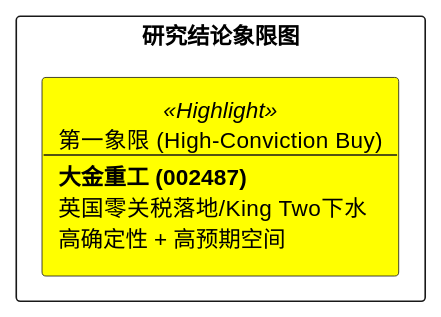
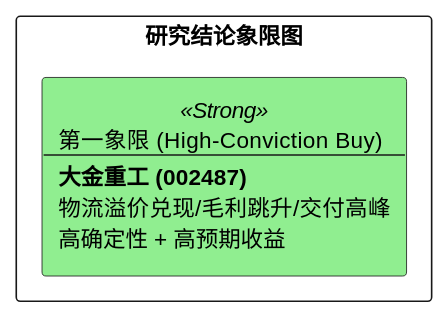
Before and after one commit to hrzzzrh/QuantPyLab: the diagram in investigation/equities/大金重工/reports/研报章节七：投资摘要与风险因素.md, drawn with PlantUML. The commit also changed other lines of this file and 55 other files, not shown here.

````diff
--- a/investigation/equities/大金重工/reports/研报章节七：投资摘要与风险因素.md
+++ b/investigation/equities/大金重工/reports/研报章节七：投资摘要与风险因素.md
@@ -22,10 +21,10 @@
 ```plantuml
 @startuml
 skinparam rectangle {
-    BackgroundColor<<Highlight>> Yellow
+    BackgroundColor<<Strong>> LightGreen
 }
 rectangle "研究结论象限图" {
-    rectangle "第一象限 (High-Conviction Buy)\n--\n**大金重工 (002487)**\n英国零关税落地/King Two下水\n高确定性 + 高预期空间" as Q1 <<Highlight>>
+    rectangle "第一象限 (High-Conviction Buy)\n--\n**大金重工 (002487)**\n物流溢价兑现/毛利跳升/交付高峰\n高确定性 + 高预期收益" as Q1 <<Strong>>
 }
 @enduml
 ```
````
